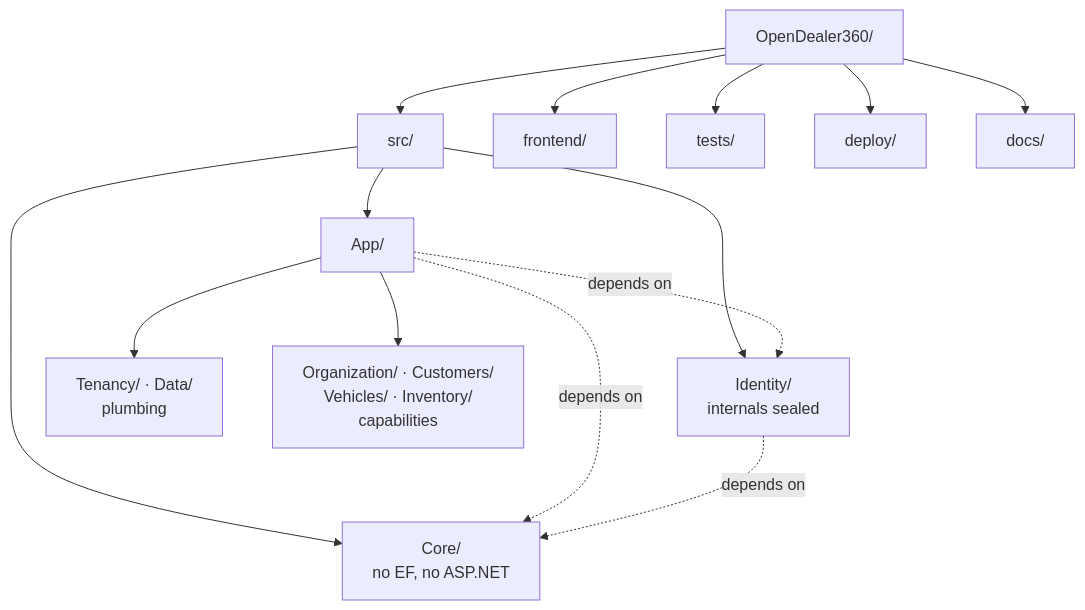
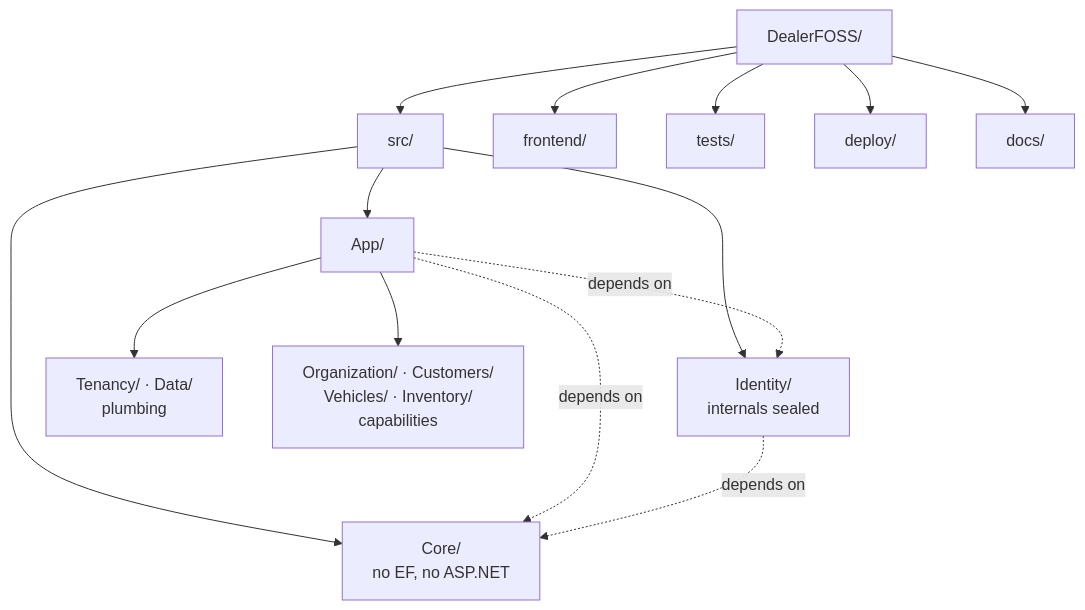
One commit to PoulaAdel/DealerFOSS changed the first of 3 diagrams in docs/diagrams/02-project-structure.md. Above: the diagram before and after it, drawn with Mermaid. The commit also changed 242 other files, not shown here.

Commit message:
feat: a dealership can take its records away, and the project is now DealerFOSS

````diff
--- a/docs/diagrams/02-project-structure.md
+++ b/docs/diagrams/02-project-structure.md
@@ -8,16 +8,16 @@
 ```mermaid
 flowchart TB
-    Root["OpenDealer360/"] --> Src["src/"]
+    Root["DealerFOSS/"] --> Src["src/"]
     Root --> Front["frontend/"]
     Root --> Tests["tests/"]
     Root --> Deploy["deploy/"]
     Root --> Docs["docs/"]
     Src --> Core["Core/<br/>no EF, no ASP.NET"]
     Src --> Identity["Identity/<br/>internals sealed"]
     Src --> App["App/"]
     App --> Plumbing["Tenancy/ · Data/<br/>plumbing"]
     App --> Features["Organization/ · Customers/<br/>Vehicles/ · Inventory/<br/>capabilities"]
     App -.depends on.-> Identity
     App -.depends on.-> Core
     Identity -.depends on.-> Core
 ```
````
